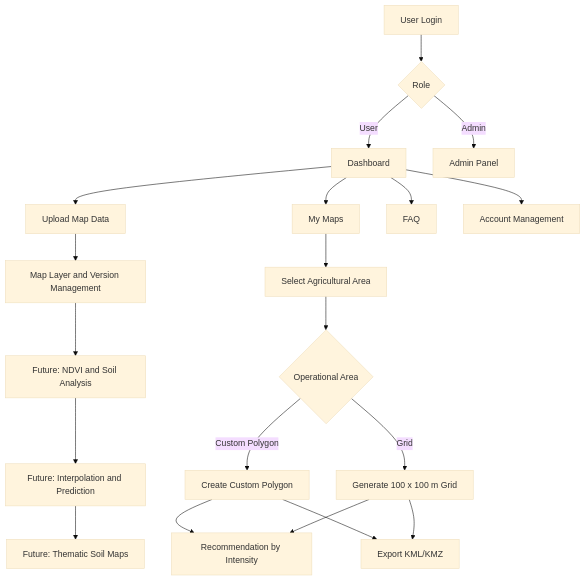
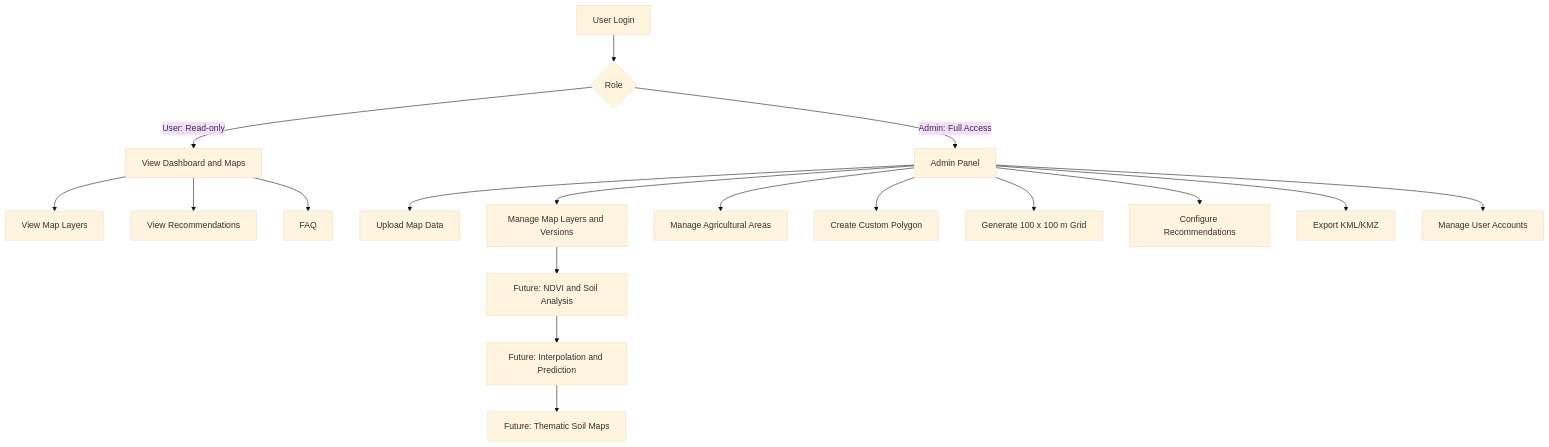
One commit to dzakyradithyaa/simponitp changed the diagram in README.md. Above: the diagram before and after it, drawn with Mermaid (base theme).

Commit message:
docs: clarify user and admin access

````diff
--- a/README.md
+++ b/README.md
@@ -19,26 +19,23 @@
 ```mermaid
 flowchart TD
     A[User Login] --> B{Role}
-    B -->|User| C[Dashboard]
-    B -->|Admin| D[Admin Panel]
+    B -->|User: Read-only| C[View Dashboard and Maps]
+    B -->|Admin: Full Access| D[Admin Panel]
 
-    C --> E[Upload Map Data]
-    C --> F[My Maps]
+    C --> E[View Map Layers]
+    C --> F[View Recommendations]
     C --> G[FAQ]
-    C --> H[Account Management]
 
-    E --> I[Map Layer and Version Management]
-    F --> J[Select Agricultural Area]
-    J --> K{Operational Area}
-    K -->|Custom Polygon| L[Create Custom Polygon]
-    K -->|Grid| M[Generate 100 x 100 m Grid]
-
-    L --> N[Recommendation by Intensity]
-    M --> N
-    L --> O[Export KML/KMZ]
-    M --> O
+    D --> H[Upload Map Data]
+    D --> I[Manage Map Layers and Versions]
+    D --> J[Manage Agricultural Areas]
+    D --> K[Create Custom Polygon]
+    D --> L[Generate 100 x 100 m Grid]
+    D --> M[Configure Recommendations]
+    D --> N[Export KML/KMZ]
+    D --> O[Manage User Accounts]
 
     I --> P[Future: NDVI and Soil Analysis]
     P --> Q[Future: Interpolation and Prediction]
     Q --> R[Future: Thematic Soil Maps]
 ```
````
